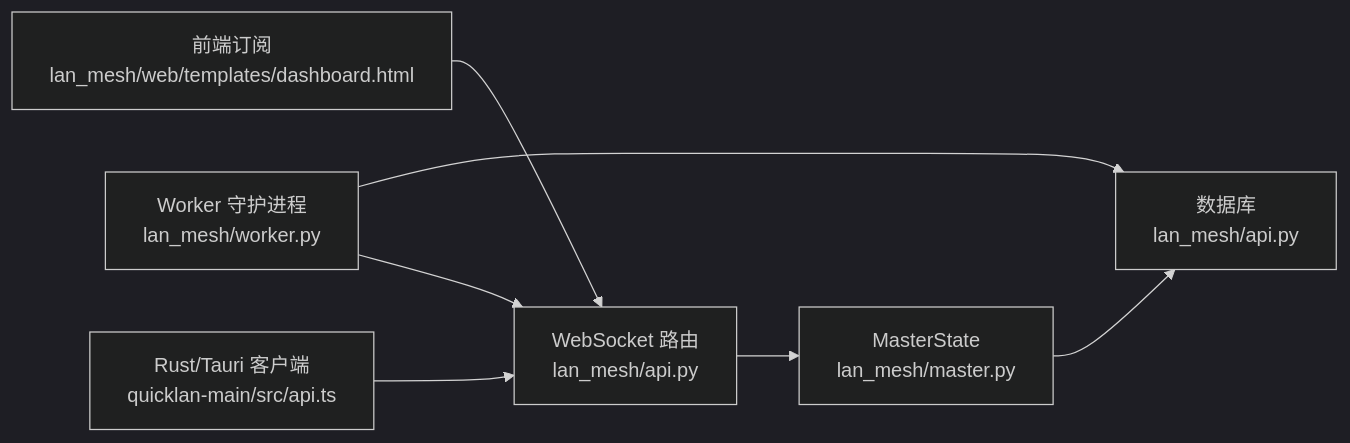
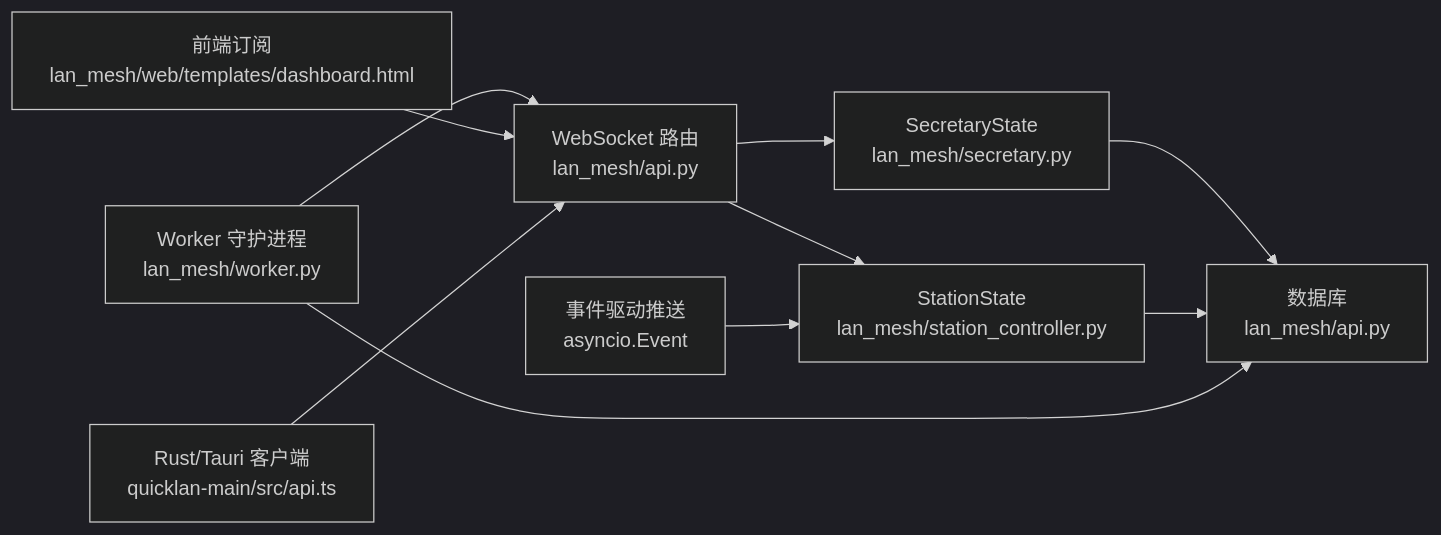
Before and after one commit to targalian/Personal-distributed-workstation: the third of 3 diagrams in .qoder/repowiki/zh/content/WebSocket 实时通信.md, drawn with Mermaid (dark theme). The commit also changed other lines of this file and 117 other files, not shown here.

````diff
--- a/.qoder/repowiki/zh/content/WebSocket 实时通信.md
+++ b/.qoder/repowiki/zh/content/WebSocket 实时通信.md
@@ -210,9 +260,12 @@
 ```mermaid
 graph LR
-WS["WebSocket 路由<br/>lan_mesh/api.py"] --> State["MasterState<br/>lan_mesh/master.py"]
-State --> DB["数据库<br/>lan_mesh/api.py"]
+WS["WebSocket 路由<br/>lan_mesh/api.py"] --> SecState["SecretaryState<br/>lan_mesh/secretary.py"]
+WS --> StaState["StationState<br/>lan_mesh/station_controller.py"]
+SecState --> DB["数据库<br/>lan_mesh/api.py"]
+StaState --> DB
 Worker["Worker 守护进程<br/>lan_mesh/worker.py"] --> DB
 Worker --> WS
 UI["前端订阅<br/>lan_mesh/web/templates/dashboard.html"] --> WS
 Rust["Rust/Tauri 客户端<br/>quicklan-main/src/api.ts"] --> WS
+Event["事件驱动推送<br/>asyncio.Event"] --> StaState
 ```
````
